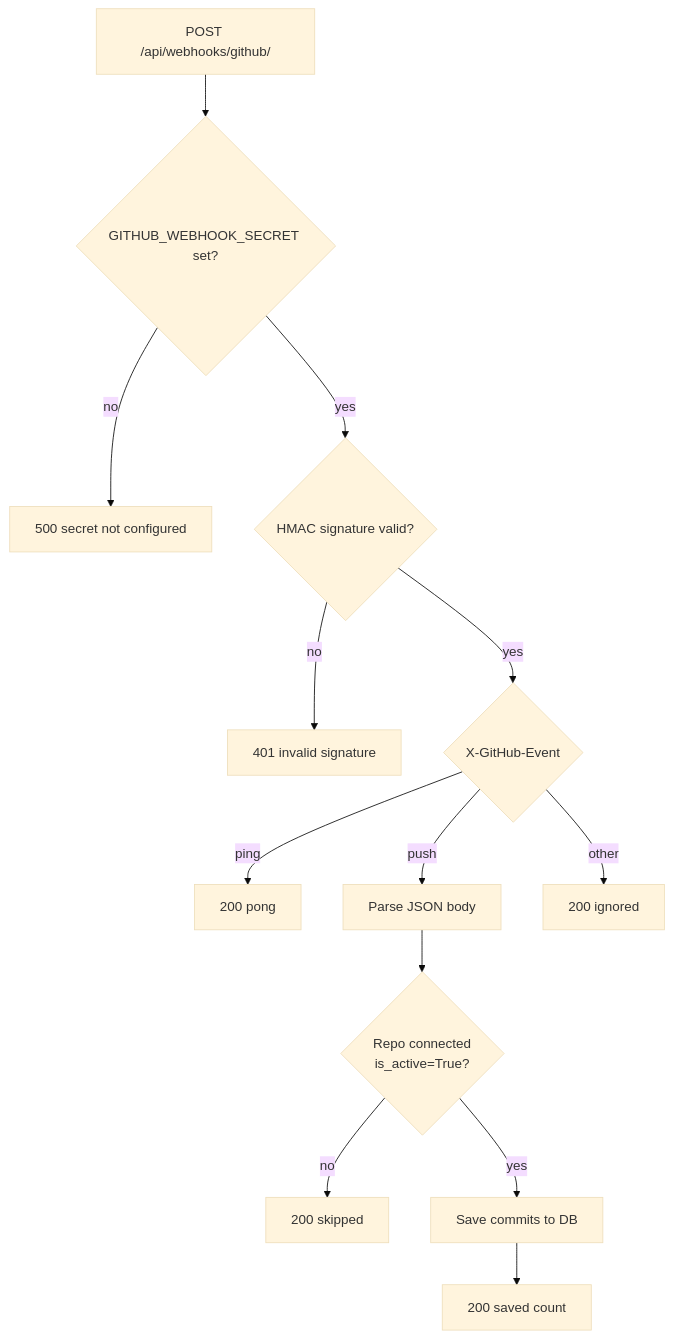
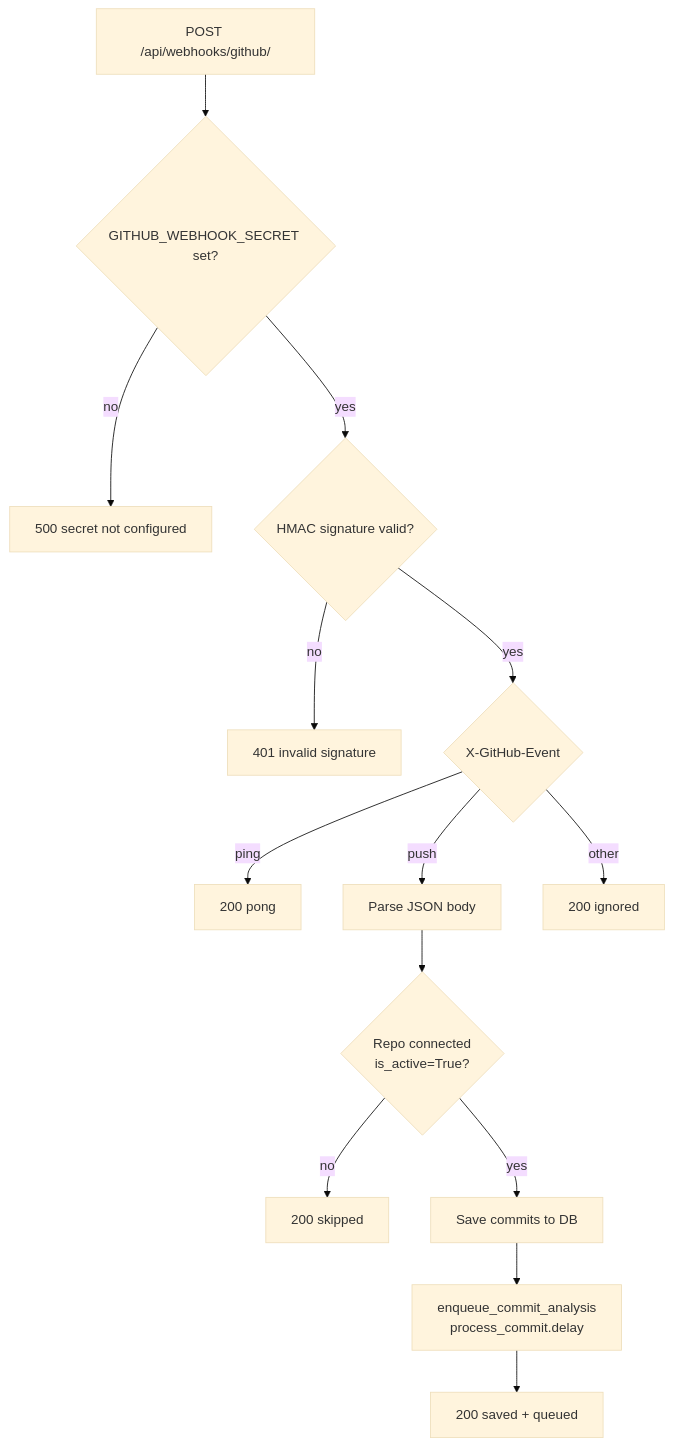
One commit to coutKaustubh/CommitIQ changed the eighth of 10 diagrams in README.md. Above: the diagram before and after it, drawn with Mermaid (base theme). The commit also changed other lines of this file and 2 other files, not shown here.

````diff
--- a/README.md
+++ b/README.md
@@ -346,15 +404,16 @@
 ```mermaid
 flowchart TD
     A[POST /api/webhooks/github/] --> B{GITHUB_WEBHOOK_SECRET set?}
     B -->|no| E500[500 secret not configured]
     B -->|yes| C{HMAC signature valid?}
     C -->|no| E401[401 invalid signature]
     C -->|yes| D{X-GitHub-Event}
     D -->|ping| Pong[200 pong]
     D -->|push| Parse[Parse JSON body]
     D -->|other| Ignore[200 ignored]
     Parse --> Repo{Repo connected<br/>is_active=True?}
     Repo -->|no| Skip[200 skipped]
     Repo -->|yes| Save[Save commits to DB]
-    Save --> OK[200 saved count]
+    Save --> Queue[enqueue_commit_analysis<br/>process_commit.delay]
+    Queue --> OK[200 saved + queued]
 ```
````
